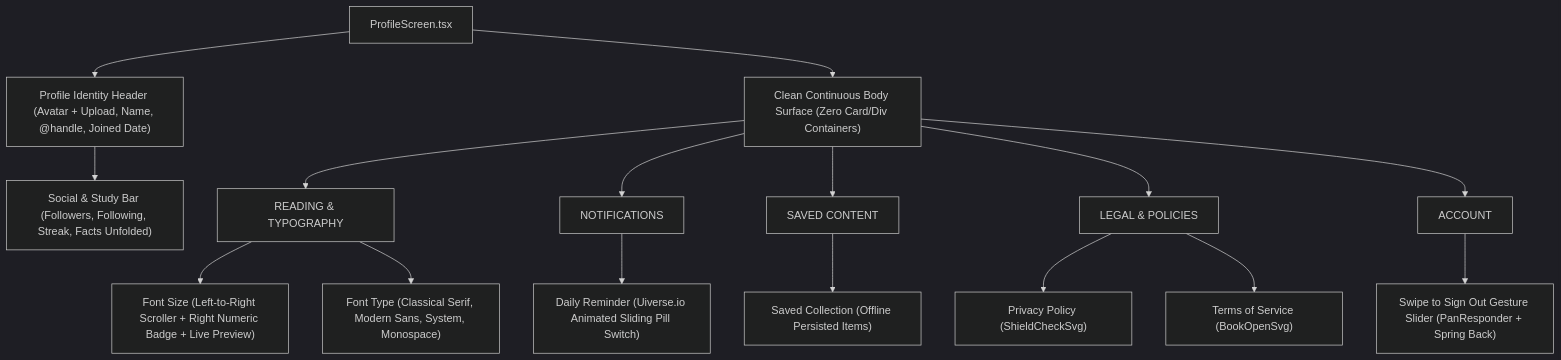
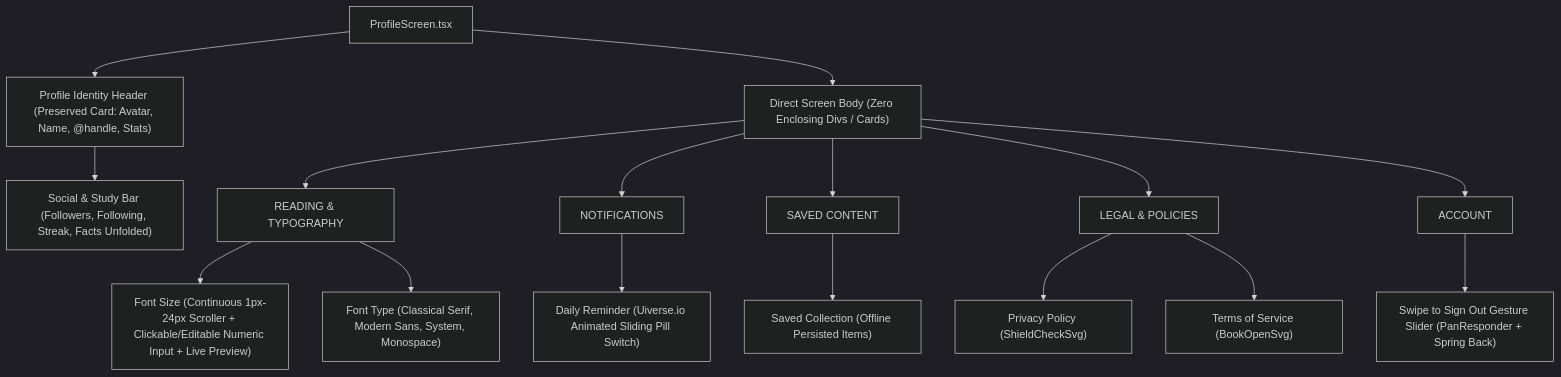
Before and after one commit to thulanesigasa/bible_fun_facts: the third of 3 diagrams in README.md, drawn with Mermaid (dark theme). The commit also changed other lines of this file and 1 other file, not shown here.

Commit message:
feat: profile direct body layout, 1px-24px scroller, and editable numeric font size input (#174)

````diff
--- a/README.md
+++ b/README.md
@@ -304,21 +304,21 @@
 ```mermaid
 graph TD
-    ProfileScreen["ProfileScreen.tsx"] --> Header["Profile Identity Header (Avatar + Upload, Name, @handle, Joined Date)"]
+    ProfileScreen["ProfileScreen.tsx"] --> Header["Profile Identity Header (Preserved Card: Avatar, Name, @handle, Stats)"]
     Header --> SocialBar["Social & Study Bar (Followers, Following, Streak, Facts Unfolded)"]
     
-    ProfileScreen --> CleanBody["Clean Continuous Body Surface (Zero Card/Div Containers)"]
+    ProfileScreen --> DirectBody["Direct Screen Body (Zero Enclosing Divs / Cards)"]
     
-    CleanBody --> TypoGroup["READING & TYPOGRAPHY"]
-    CleanBody --> NotifGroup["NOTIFICATIONS"]
-    CleanBody --> SavedGroup["SAVED CONTENT"]
-    CleanBody --> LegalGroup["LEGAL & POLICIES"]
-    CleanBody --> AccountGroup["ACCOUNT"]
+    DirectBody --> TypoGroup["READING & TYPOGRAPHY"]
+    DirectBody --> NotifGroup["NOTIFICATIONS"]
+    DirectBody --> SavedGroup["SAVED CONTENT"]
+    DirectBody --> LegalGroup["LEGAL & POLICIES"]
+    DirectBody --> AccountGroup["ACCOUNT"]
     
-    TypoGroup --> FontSizeCtrl["Font Size (Left-to-Right Scroller + Right Numeric Badge + Live Preview)"]
+    TypoGroup --> FontSizeCtrl["Font Size (Continuous 1px-24px Scroller + Clickable/Editable Numeric Input + Live Preview)"]
     TypoGroup --> FontTypeCtrl["Font Type (Classical Serif, Modern Sans, System, Monospace)"]
     NotifGroup --> UiverseToggle["Daily Reminder (Uiverse.io Animated Sliding Pill Switch)"]
     SavedGroup --> SavedLink["Saved Collection (Offline Persisted Items)"]
     LegalGroup --> PrivacyLink["Privacy Policy (ShieldCheckSvg)"]
     LegalGroup --> TermsLink["Terms of Service (BookOpenSvg)"]
     AccountGroup --> SwipeSignOut["Swipe to Sign Out Gesture Slider (PanResponder + Spring Back)"]
 ```
````
